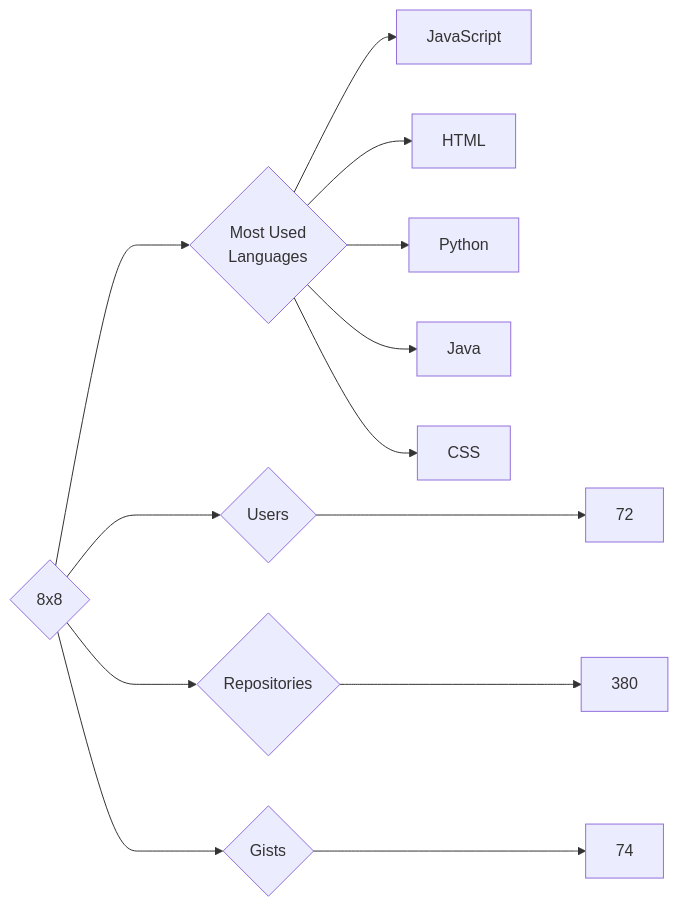
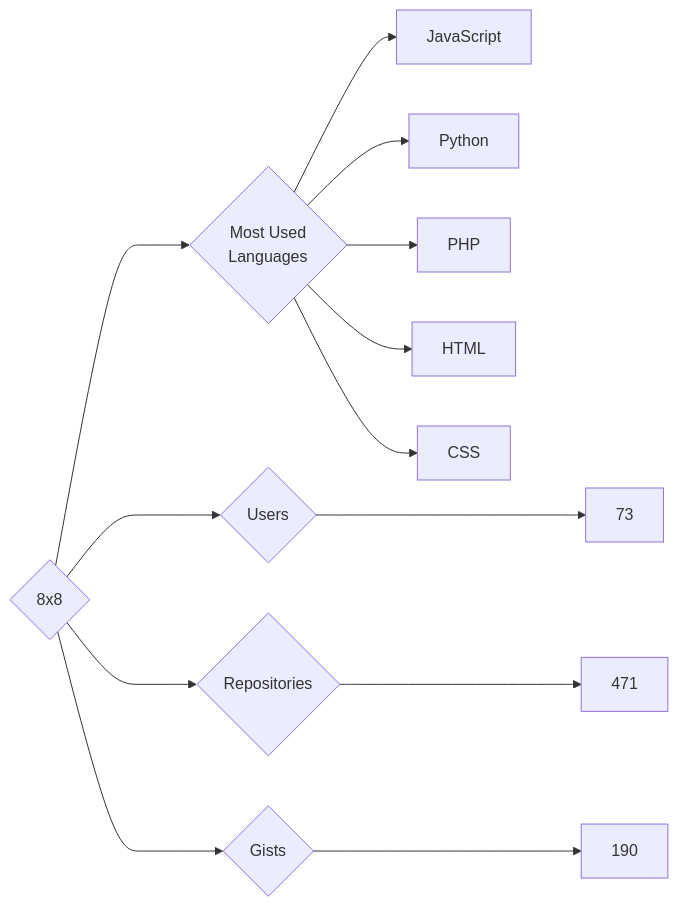
The diagram in targets/8x8/README.md (trickest/insiders), drawn with Mermaid before and after one commit. The commit also changed 1167 other files, not shown here.

````diff
--- a/targets/8x8/README.md
+++ b/targets/8x8/README.md
@@ -3,13 +3,13 @@
 ```mermaid
 graph LR
 COMPANY_NAME{8x8}
-COMPANY_NAME ---> U{Users} ---> UN[72]
-COMPANY_NAME ---> R{Repositories} ---> RN[380]
-COMPANY_NAME ---> G{Gists} ---> GN[74]
+COMPANY_NAME ---> U{Users} ---> UN[73]
+COMPANY_NAME ---> R{Repositories} ---> RN[471]
+COMPANY_NAME ---> G{Gists} ---> GN[190]
 COMPANY_NAME ---> ML{Most Used<br>Languages}
 ML --> JavaScript[JavaScript]
+ML --> Python[Python]
+ML --> PHP[PHP]
 ML --> HTML[HTML]
-ML --> Python[Python]
-ML --> Java[Java]
 ML --> CSS[CSS]
 ```
````
